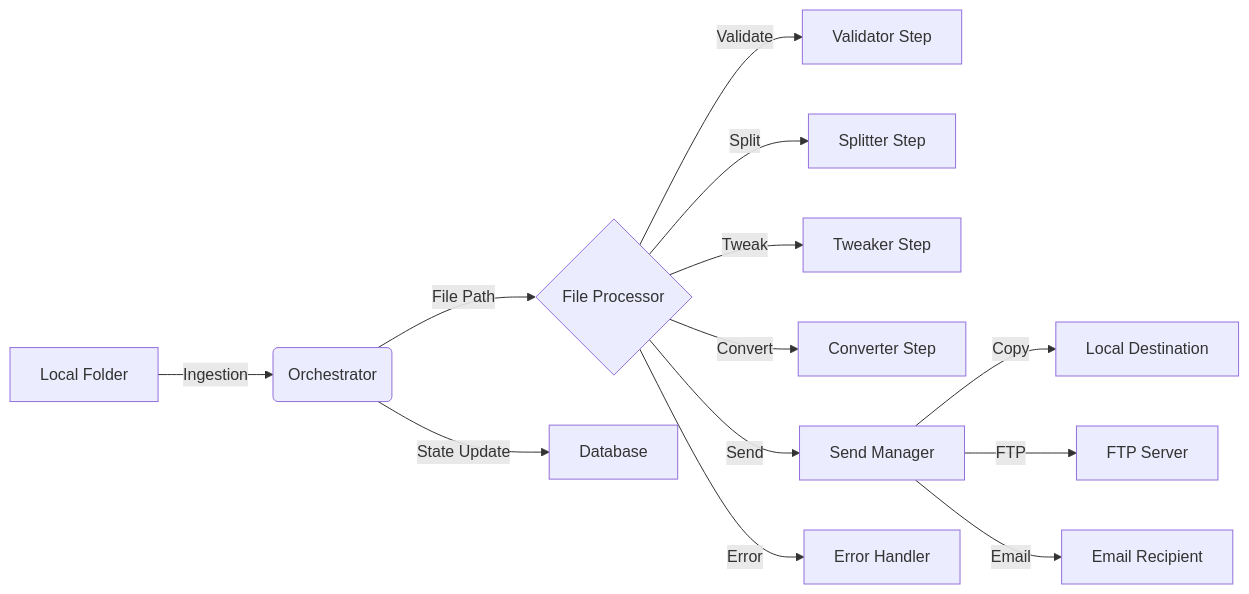
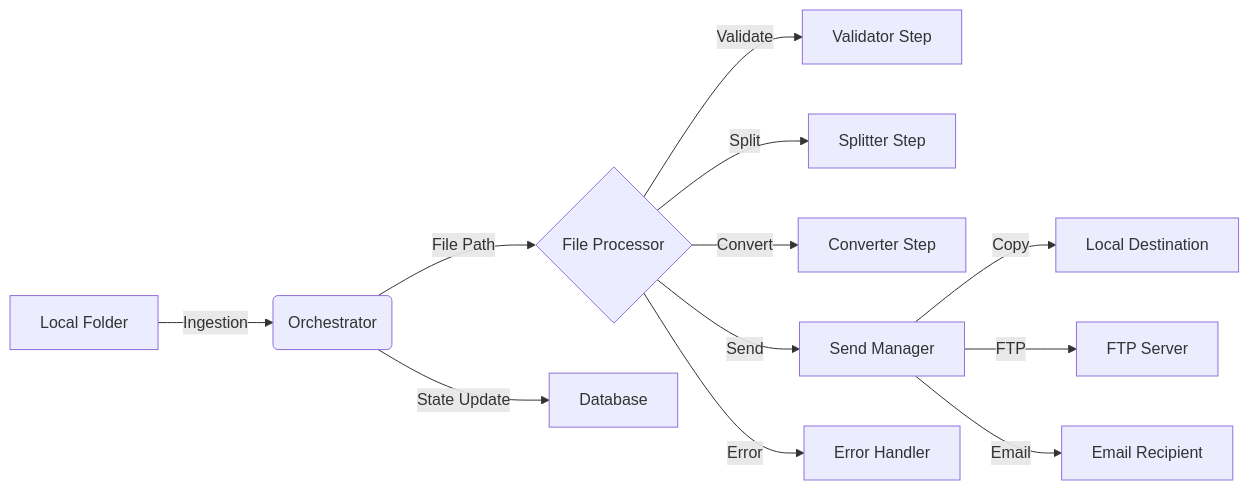
Before and after one commit to dtg01100/batch-file-processor: the diagram in docs/design/DATA_FLOW_DESIGN.md, drawn with Mermaid. The commit also changed other lines of this file and 21 other files, not shown here.

````diff
--- a/docs/design/DATA_FLOW_DESIGN.md
+++ b/docs/design/DATA_FLOW_DESIGN.md
@@ -13,15 +13,14 @@
 ```mermaid
 graph LR
     A[Local Folder] -->|Ingestion| B(Orchestrator)
     B -->|File Path| C{File Processor}
     C -->|Validate| D[Validator Step]
     C -->|Split| E[Splitter Step]
-    C -->|Tweak| F[Tweaker Step]
-    C -->|Convert| G[Converter Step]
-    C -->|Send| H[Send Manager]
-    H -->|Copy| I[Local Destination]
-    H -->|FTP| J[FTP Server]
-    H -->|Email| K[Email Recipient]
-    C -->|Error| L[Error Handler]
-    B -->|State Update| M[Database]
+    C -->|Convert| F[Converter Step]
+    C -->|Send| G[Send Manager]
+    G -->|Copy| H[Local Destination]
+    G -->|FTP| I[FTP Server]
+    G -->|Email| J[Email Recipient]
+    C -->|Error| K[Error Handler]
+    B -->|State Update| L[Database]
 ```
````
